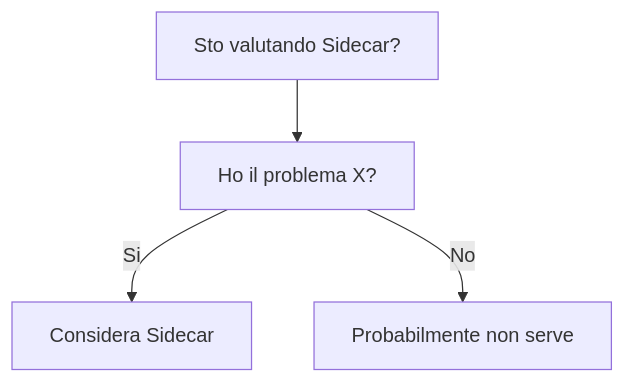
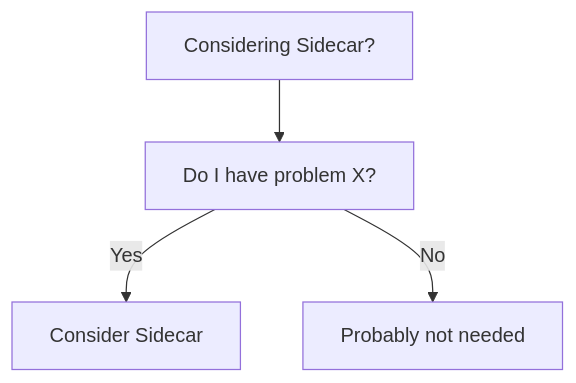
Before and after one commit to HxT9/Software-Dev-Wiki: the diagram in dev-wiki/21_Cloud_Native/Sidecar/When_To_Use.md, drawn with Mermaid. The commit also changed other lines of this file and 3444 other files, not shown here.

````diff
--- a/dev-wiki/21_Cloud_Native/Sidecar/When_To_Use.md
+++ b/dev-wiki/21_Cloud_Native/Sidecar/When_To_Use.md
@@ -19,6 +19,6 @@
 ```mermaid
 flowchart TD
-  Q[Sto valutando Sidecar?] --> Q1[Ho il problema X?]
-  Q1 -->|Si| OK[Considera Sidecar]
-  Q1 -->|No| NO[Probabilmente non serve]
+  Q[Considering Sidecar?] --> Q1[Do I have problem X?]
+  Q1 -->|Yes| OK[Consider Sidecar]
+  Q1 -->|No| NO[Probably not needed]
 ```
````
